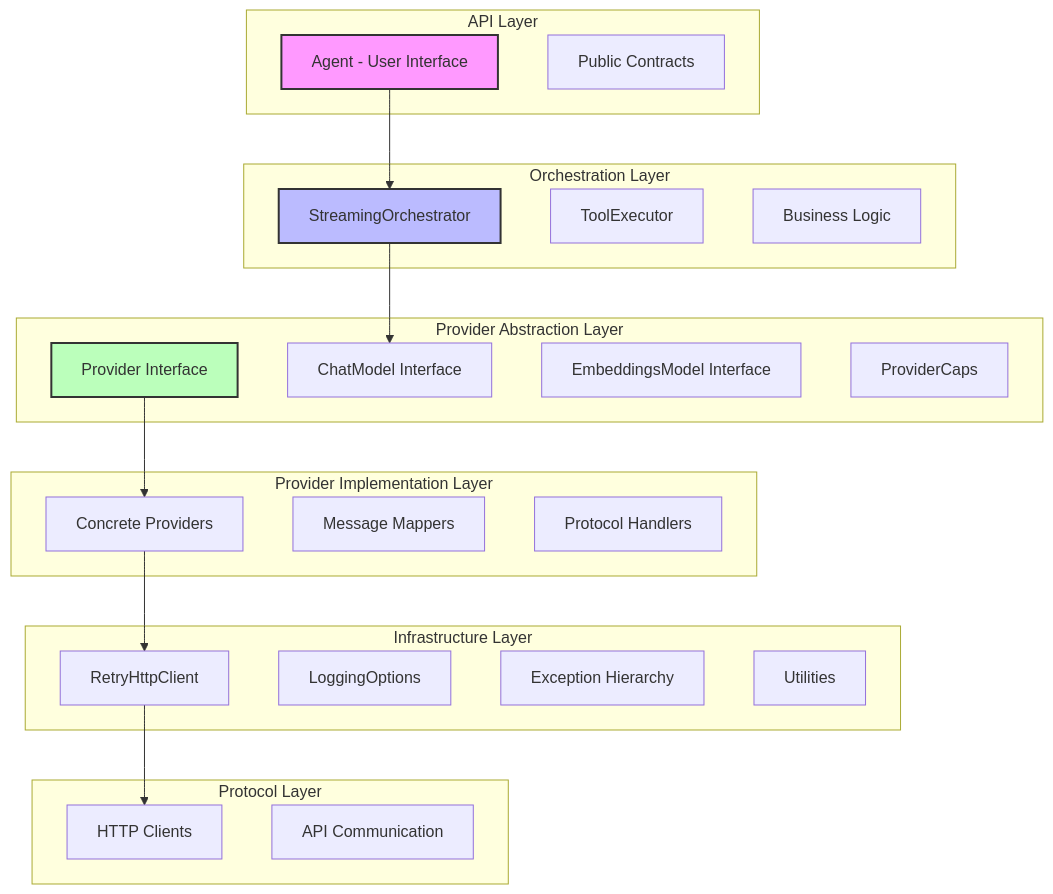
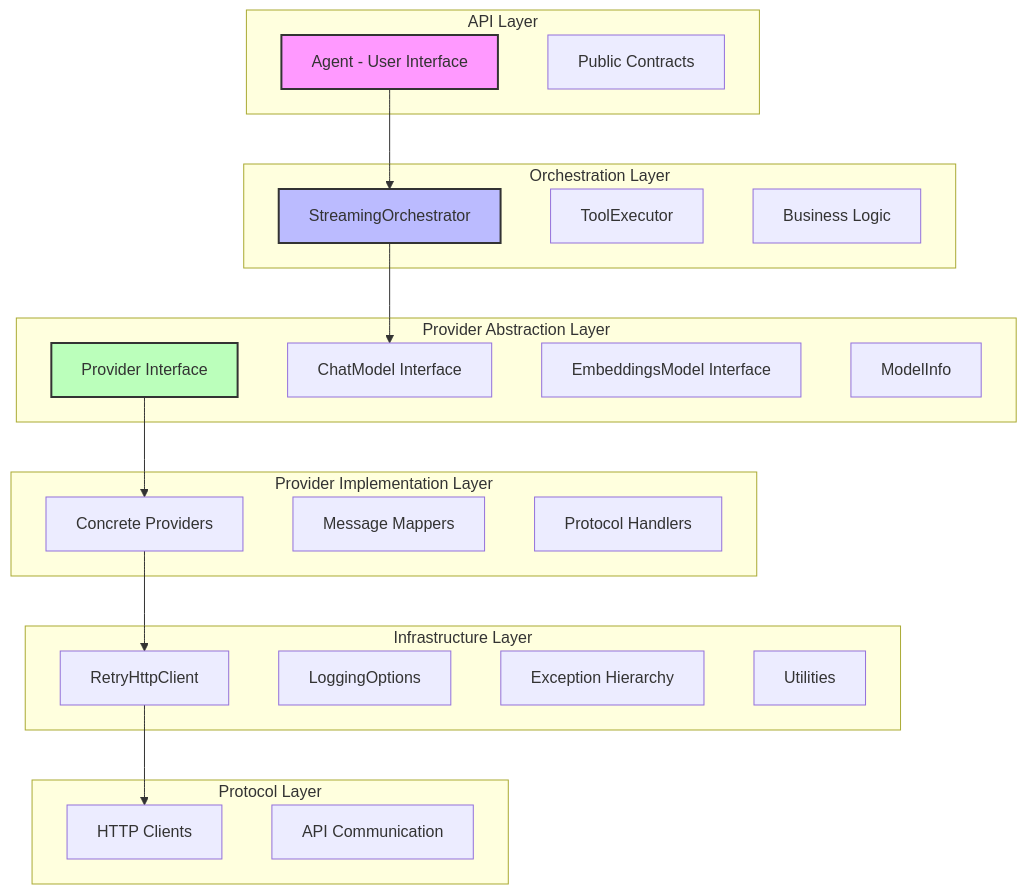
One commit to csells/dartantic_ai changed the first of 5 diagrams in wiki/Home.md. Above: the diagram before and after it, drawn with Mermaid. The commit also changed other lines of this file and 85 other files, not shown here.

````diff
--- a/wiki/Home.md
+++ b/wiki/Home.md
@@ -20,48 +20,48 @@
 ```mermaid
 graph TB
     subgraph "API Layer"
         A1[Agent - User Interface]
         A2[Public Contracts]
     end
     
     subgraph "Orchestration Layer"
         O1[StreamingOrchestrator]
         O2[ToolExecutor]
         O3[Business Logic]
     end
     
     subgraph "Provider Abstraction Layer"
         P1[Provider Interface]
         P2[ChatModel Interface]
         P3[EmbeddingsModel Interface]
-        P4[ProviderCaps]
+        P4[ModelInfo]
     end
     
     subgraph "Provider Implementation Layer"
         I1[Concrete Providers]
         I2[Message Mappers]
         I3[Protocol Handlers]
     end
     
     subgraph "Infrastructure Layer"
         F1[RetryHttpClient]
         F2[LoggingOptions]
         F3[Exception Hierarchy]
         F4[Utilities]
     end
     
     subgraph "Protocol Layer"
         PR1[HTTP Clients]
         PR2[API Communication]
     end
     
     A1 --> O1
     O1 --> P2
     P1 --> I1
     I1 --> F1
     F1 --> PR1
     
     style A1 fill:#f9f,stroke:#333,stroke-width:2px
     style O1 fill:#bbf,stroke:#333,stroke-width:2px
     style P1 fill:#bfb,stroke:#333,stroke-width:2px
 ```
````
